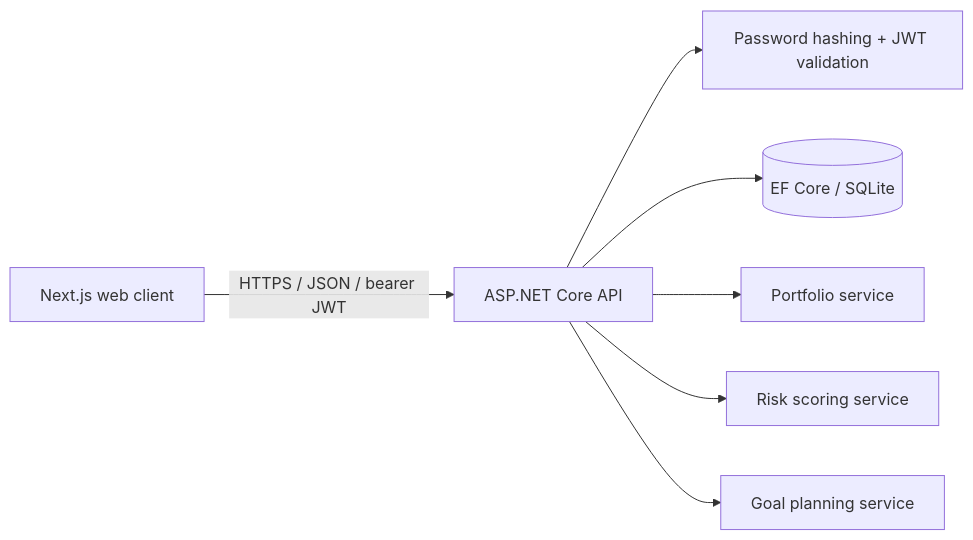
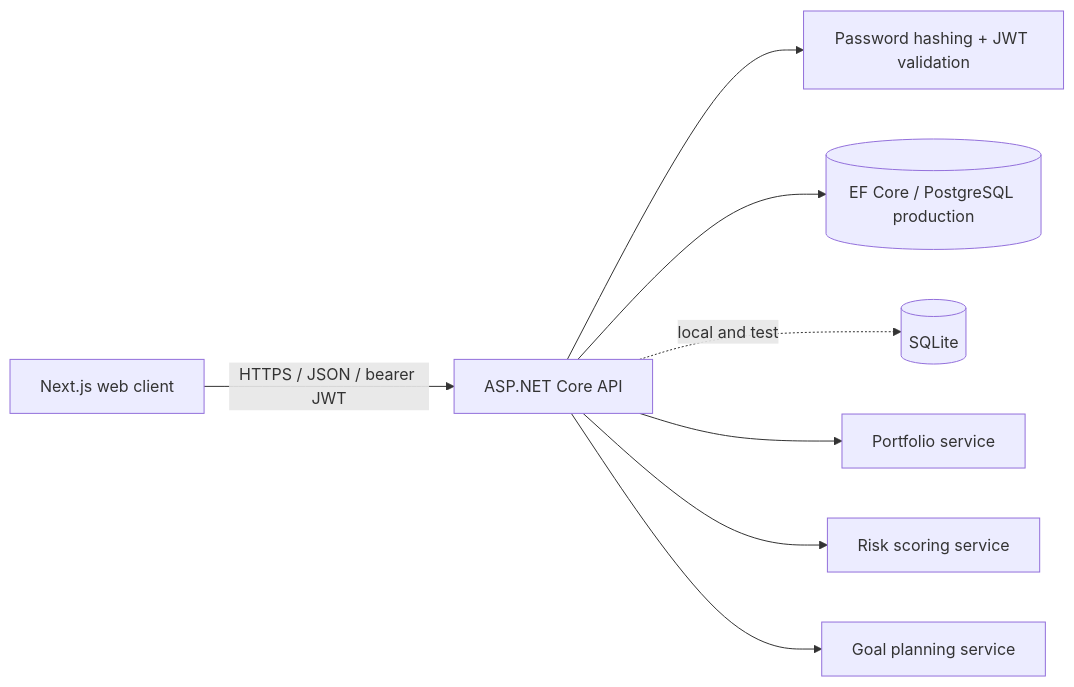
The first of 3 diagrams in docs/architecture.md (reinaldozhu6-web/planvest), drawn with Mermaid before and after one commit. The commit also changed other lines of this file and 23 other files, not shown here.

````diff
--- a/docs/architecture.md
+++ b/docs/architecture.md
@@ -5,9 +5,10 @@
 ```mermaid
 flowchart LR
   Web[Next.js web client] -->|HTTPS / JSON / bearer JWT| Api[ASP.NET Core API]
   Api --> Auth[Password hashing + JWT validation]
-  Api --> Db[(EF Core / SQLite)]
+  Api --> Db[(EF Core / PostgreSQL production)]
+  Api -. local and test .-> Sqlite[(SQLite)]
   Api --> Portfolio[Portfolio service]
   Api --> Risk[Risk scoring service]
   Api --> Goals[Goal planning service]
 ```
````
